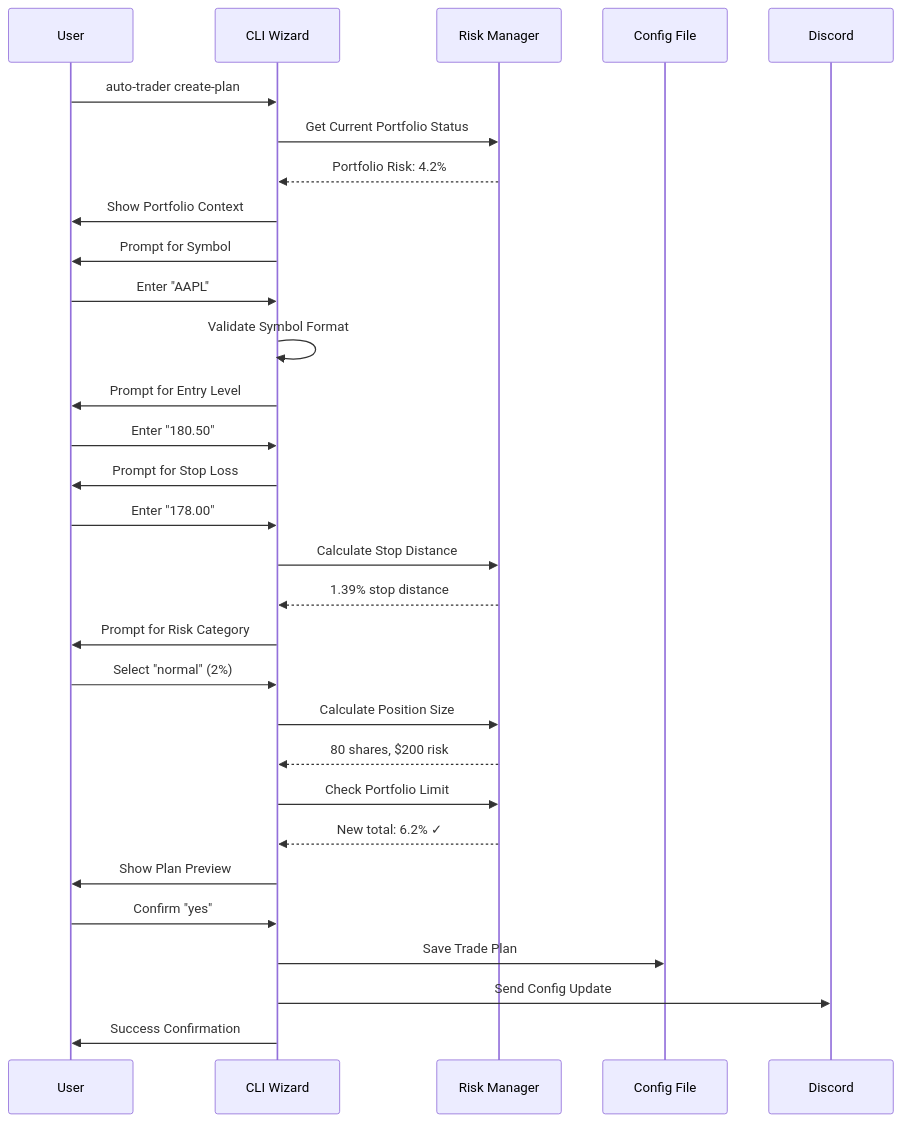
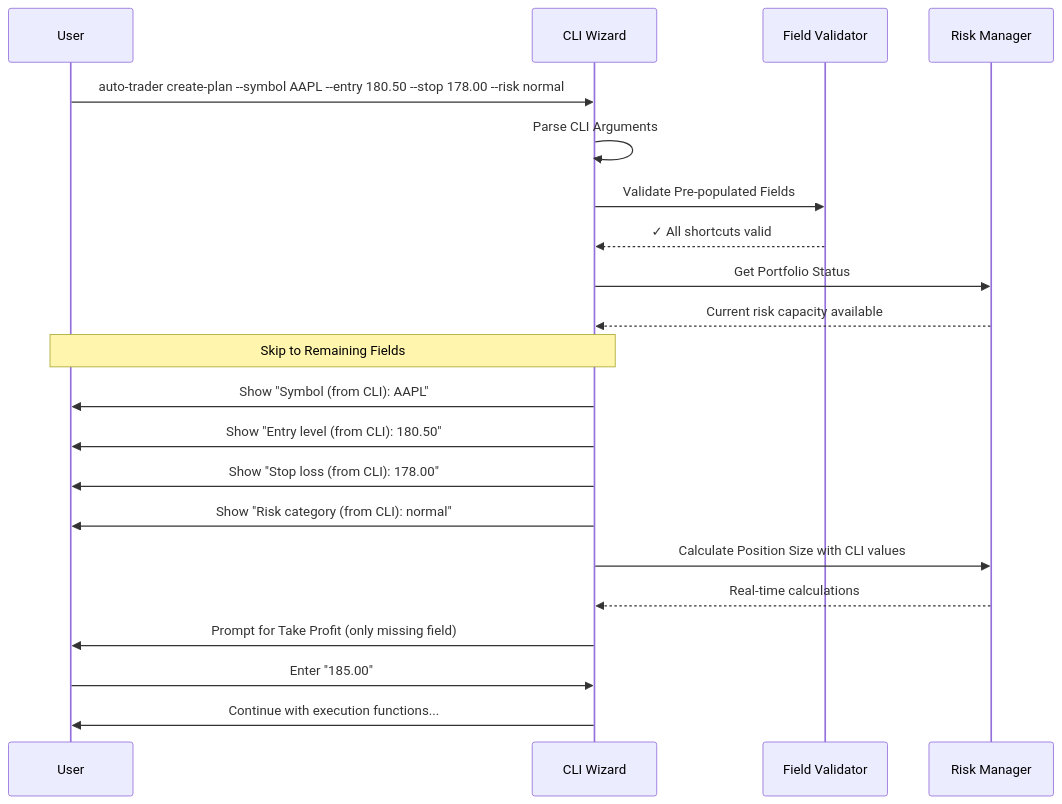
The fourth of 4 diagrams in docs/architecture/core-workflows.md (allaydesai/auto-trader), drawn with Mermaid before and after one commit. The commit also changed other lines of this file and 28 other files, not shown here.

First line of the commit message:
feat: implement interactive CLI trade plan creation wizard

````diff
--- a/docs/architecture/core-workflows.md
+++ b/docs/architecture/core-workflows.md
@@ -54,37 +126,26 @@
 ```mermaid
 sequenceDiagram
     participant User as User
     participant CLI as CLI Wizard
+    participant Validator as Field Validator
     participant Risk as Risk Manager
-    participant YAML as Config File
-    participant Discord as Discord
 
-    User->>CLI: auto-trader create-plan
-    CLI->>Risk: Get Current Portfolio Status
-    Risk-->>CLI: Portfolio Risk: 4.2%
-    CLI->>User: Show Portfolio Context
+    User->>CLI: auto-trader create-plan --symbol AAPL --entry 180.50 --stop 178.00 --risk normal
+    CLI->>CLI: Parse CLI Arguments
+    CLI->>Validator: Validate Pre-populated Fields
+    Validator-->>CLI: ✓ All shortcuts valid
+    CLI->>Risk: Get Portfolio Status
+    Risk-->>CLI: Current risk capacity available
     
-    CLI->>User: Prompt for Symbol
-    User->>CLI: Enter "AAPL"
-    CLI->>CLI: Validate Symbol Format
-    CLI->>User: Prompt for Entry Level
-    User->>CLI: Enter "180.50"
+    Note over CLI,User: Skip to Remaining Fields
+    CLI->>User: Show "Symbol (from CLI): AAPL"
+    CLI->>User: Show "Entry level (from CLI): 180.50"
+    CLI->>User: Show "Stop loss (from CLI): 178.00"
+    CLI->>User: Show "Risk category (from CLI): normal"
     
-    CLI->>User: Prompt for Stop Loss
-    User->>CLI: Enter "178.00"
-    CLI->>Risk: Calculate Stop Distance
-    Risk-->>CLI: 1.39% stop distance
-    
-    CLI->>User: Prompt for Risk Category
-    User->>CLI: Select "normal" (2%)
-    CLI->>Risk: Calculate Position Size
-    Risk-->>CLI: 80 shares, $200 risk
-    CLI->>Risk: Check Portfolio Limit
-    Risk-->>CLI: New total: 6.2% ✓
-    
-    CLI->>User: Show Plan Preview
-    User->>CLI: Confirm "yes"
-    CLI->>YAML: Save Trade Plan
-    CLI->>Discord: Send Config Update
-    CLI->>User: Success Confirmation
+    CLI->>Risk: Calculate Position Size with CLI values
+    Risk-->>CLI: Real-time calculations
+    CLI->>User: Prompt for Take Profit (only missing field)
+    User->>CLI: Enter "185.00"
+    CLI->>User: Continue with execution functions...
 ```
````
